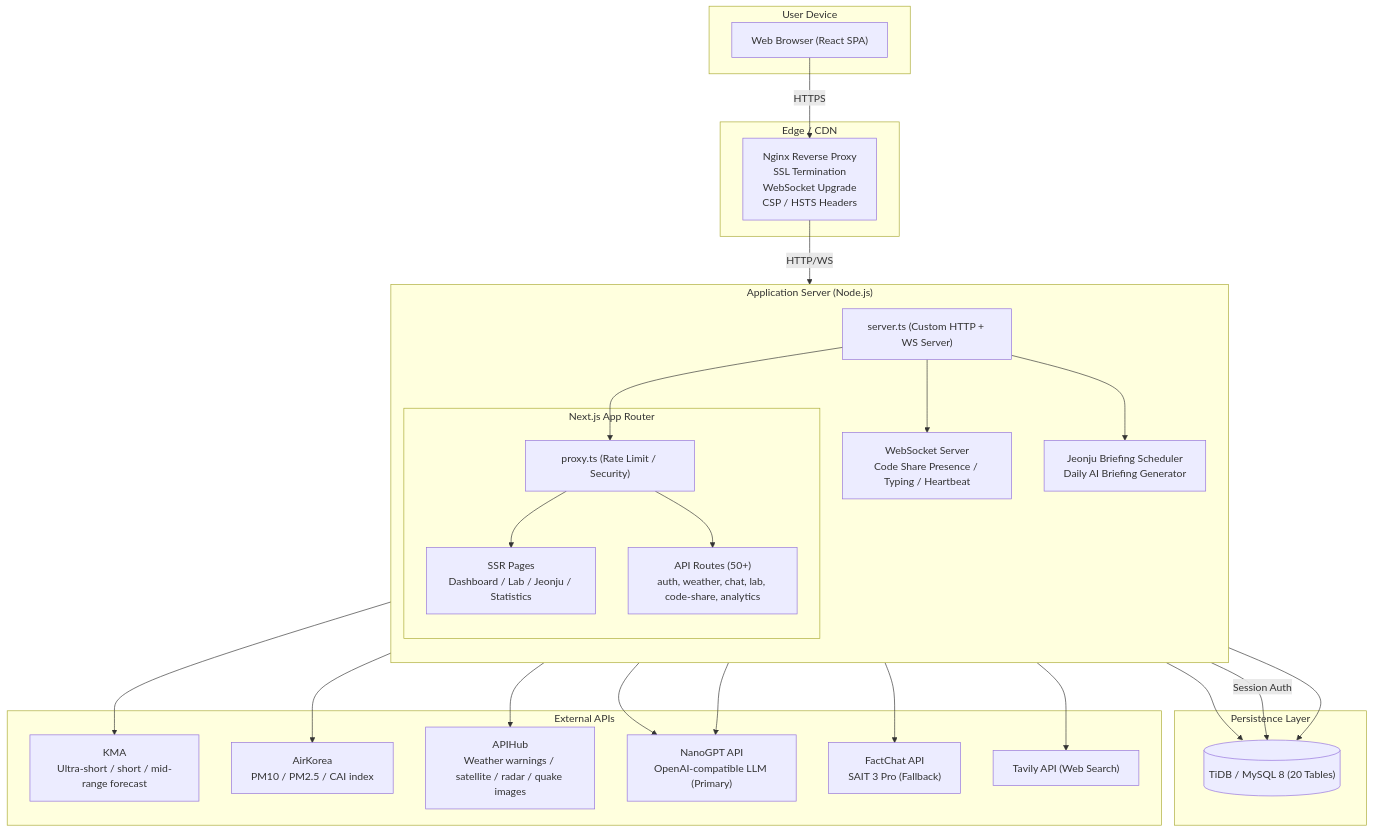
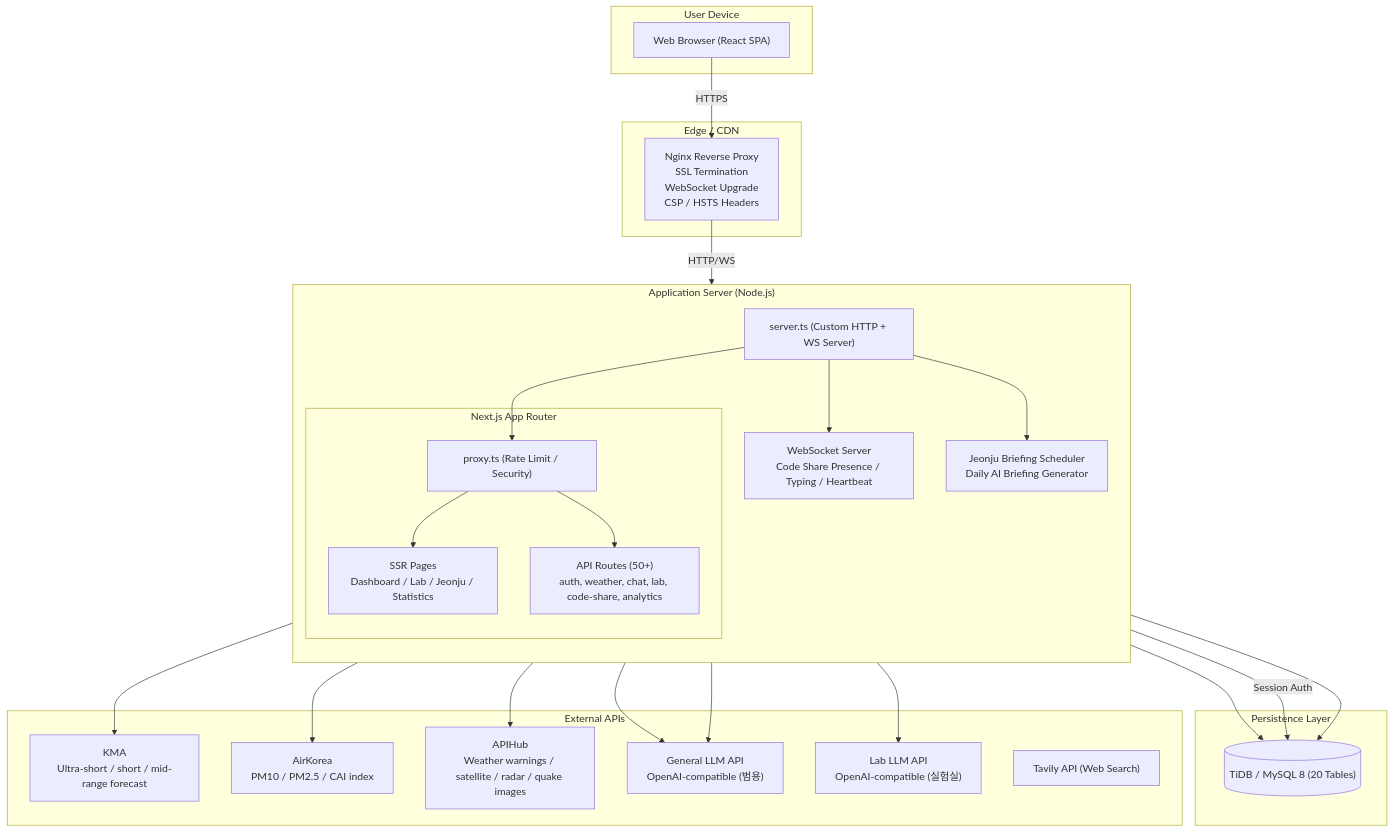
One commit to kim0040/Nadeulhae changed the first of 17 diagrams in docs/ARCHITECTURE_UML.md. Above: the diagram before and after it, drawn with Mermaid. The commit also changed other lines of this file and 28 other files, not shown here.

First line of the commit message:
refactor: split LLM into general-llm and lab-llm with OpenAI-compatible core

````diff
--- a/docs/ARCHITECTURE_UML.md
+++ b/docs/ARCHITECTURE_UML.md
@@ -15,57 +15,56 @@
 ```mermaid
 graph TB
     subgraph UserDevice["User Device"]
         BROWSER["Web Browser (React SPA)"]
     end
 
     subgraph EdgeCDN["Edge / CDN"]
         NGINX["Nginx Reverse Proxy<br/>SSL Termination<br/>WebSocket Upgrade<br/>CSP / HSTS Headers"]
     end
 
     subgraph AppServer["Application Server (Node.js)"]
         direction TB
         S_TS["server.ts (Custom HTTP + WS Server)"]
         
         subgraph NextJS["Next.js App Router"]
             MIDDLE["proxy.ts (Rate Limit / Security)"]
             PAGES["SSR Pages<br/>Dashboard / Lab / Jeonju / Statistics"]
             API["API Routes (50+)<br/>auth, weather, chat, lab, code-share, analytics"]
         end
 
         WSS["WebSocket Server<br/>Code Share Presence / Typing / Heartbeat"]
         
         SCHEDULER["Jeonju Briefing Scheduler<br/>Daily AI Briefing Generator"]
 
         S_TS --> MIDDLE
         MIDDLE --> PAGES
         MIDDLE --> API
         S_TS --> WSS
         S_TS --> SCHEDULER
     end
 
     subgraph Persistence["Persistence Layer"]
         TIDB[("TiDB / MySQL 8 (20 Tables)")]
     end
 
     subgraph ExternalAPIs["External APIs"]
         KMA["KMA<br/>Ultra-short / short / mid-range forecast"]
         AIR["AirKorea<br/>PM10 / PM2.5 / CAI index"]
         APIHUB["APIHub<br/>Weather warnings / satellite / radar / quake images"]
-        NANOGPT["NanoGPT API<br/>OpenAI-compatible LLM (Primary)"]
-        FACTCHAT["FactChat API<br/>SAIT 3 Pro (Fallback)"]
+        GENERAL_LLM["General LLM API<br/>OpenAI-compatible (범용)"]
+        LAB_LLM["Lab LLM API<br/>OpenAI-compatible (실험실)"]
         TAVILY["Tavily API (Web Search)"]
     end
 
     BROWSER -- HTTPS --> NGINX
     NGINX -- HTTP/WS --> S_TS
     API --> TIDB
     WSS -- Session Auth --> TIDB
     API --> KMA
     API --> AIR
     API --> APIHUB
-    API --> NANOGPT
-    API --> FACTCHAT
-    API --> TAVILY
-    SCHEDULER --> NANOGPT
+    API --> GENERAL_LLM
+    API --> LAB_LLM
+    SCHEDULER --> GENERAL_LLM
     SCHEDULER --> TIDB
 ```
````
